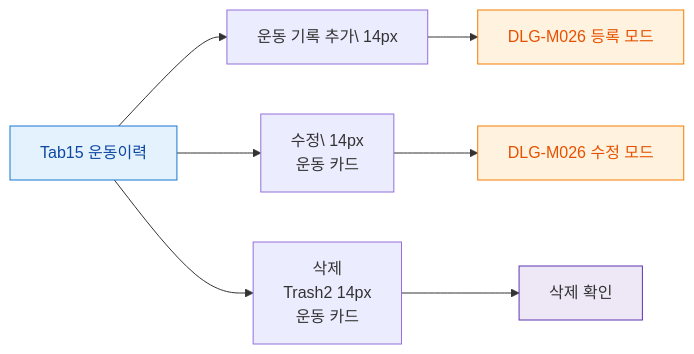
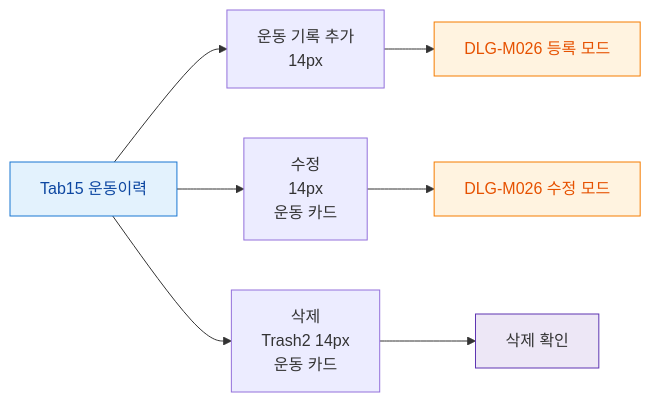
One commit to dev-spogym/admin-pando changed the diagram in docs/admin/다이어그램/D02_회원관리/SCR-M004_회원상세/Tab15_운동이력/F3_버튼액션.md. Above: the diagram before and after it, drawn with Mermaid. The commit also changed 369 other files, not shown here.

````diff
--- a/docs/admin/다이어그램/D02_회원관리/SCR-M004_회원상세/Tab15_운동이력/F3_버튼액션.md
+++ b/docs/admin/다이어그램/D02_회원관리/SCR-M004_회원상세/Tab15_운동이력/F3_버튼액션.md
@@ -20,17 +20,17 @@
 ```mermaid
 flowchart LR
-  TAB[Tab15 운동이력] --> B1[운동 기록 추가\ 14px]
-  TAB --> B2[수정\ 14px\n운동 카드]
+  TAB[Tab15 운동이력] --> B1[운동 기록 추가<br/> 14px]
+  TAB --> B2[수정<br/> 14px\n운동 카드]
   TAB --> B3[삭제\nTrash2 14px\n운동 카드]
 
   B1 --> DLG_M026[DLG-M026 등록 모드]
   B2 --> EDIT_DLG[DLG-M026 수정 모드]
   B3 --> DEL_CONFIRM[삭제 확인]
 
   classDef screen fill:#E3F2FD,stroke:#1976D2,color:#0D47A1
   classDef modal fill:#FFF3E0,stroke:#F57C00,color:#E65100
   classDef system fill:#EDE7F6,stroke:#5E35B2
   class TAB screen
   class DLG_M026,EDIT_DLG modal
   class DEL_CONFIRM system
 ```
````
